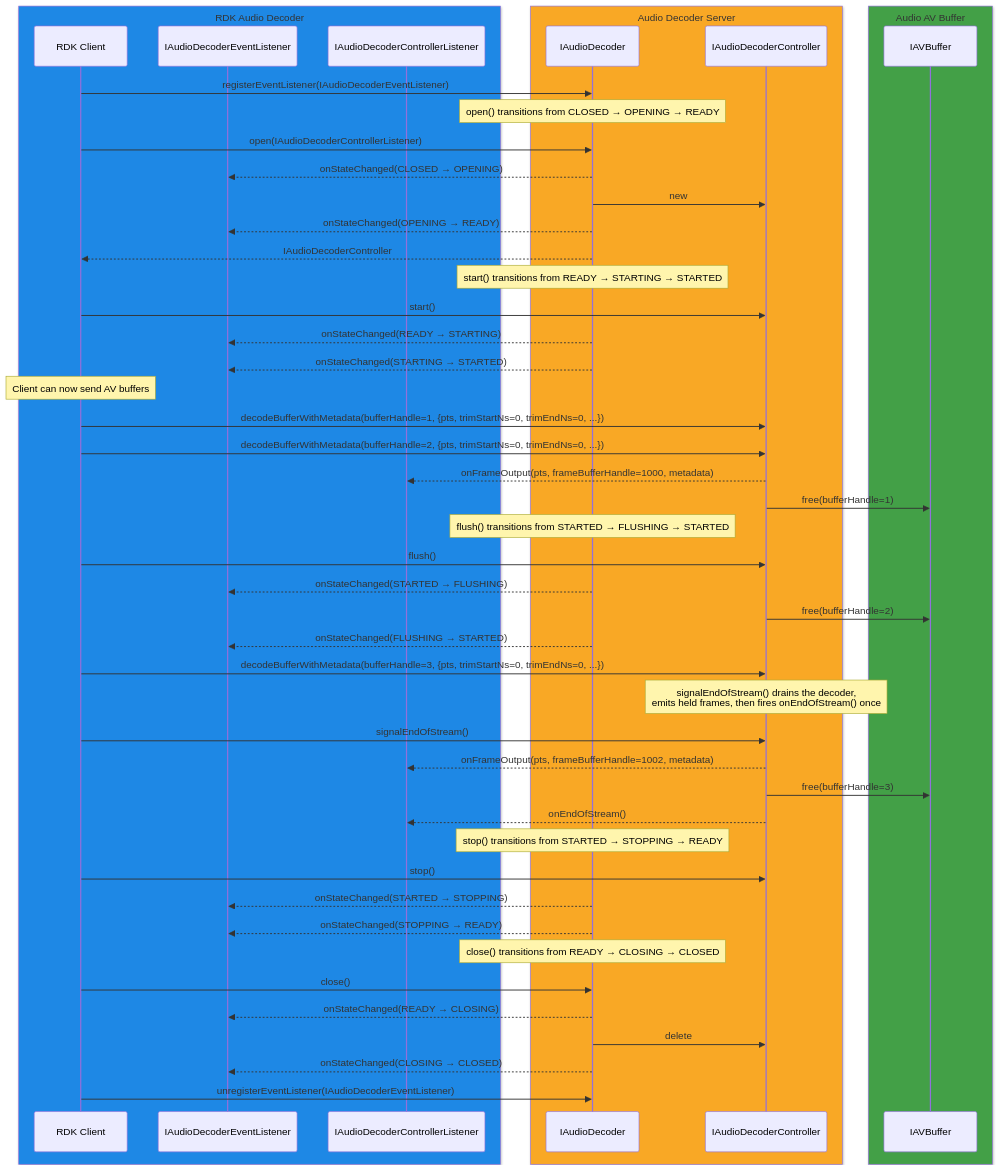
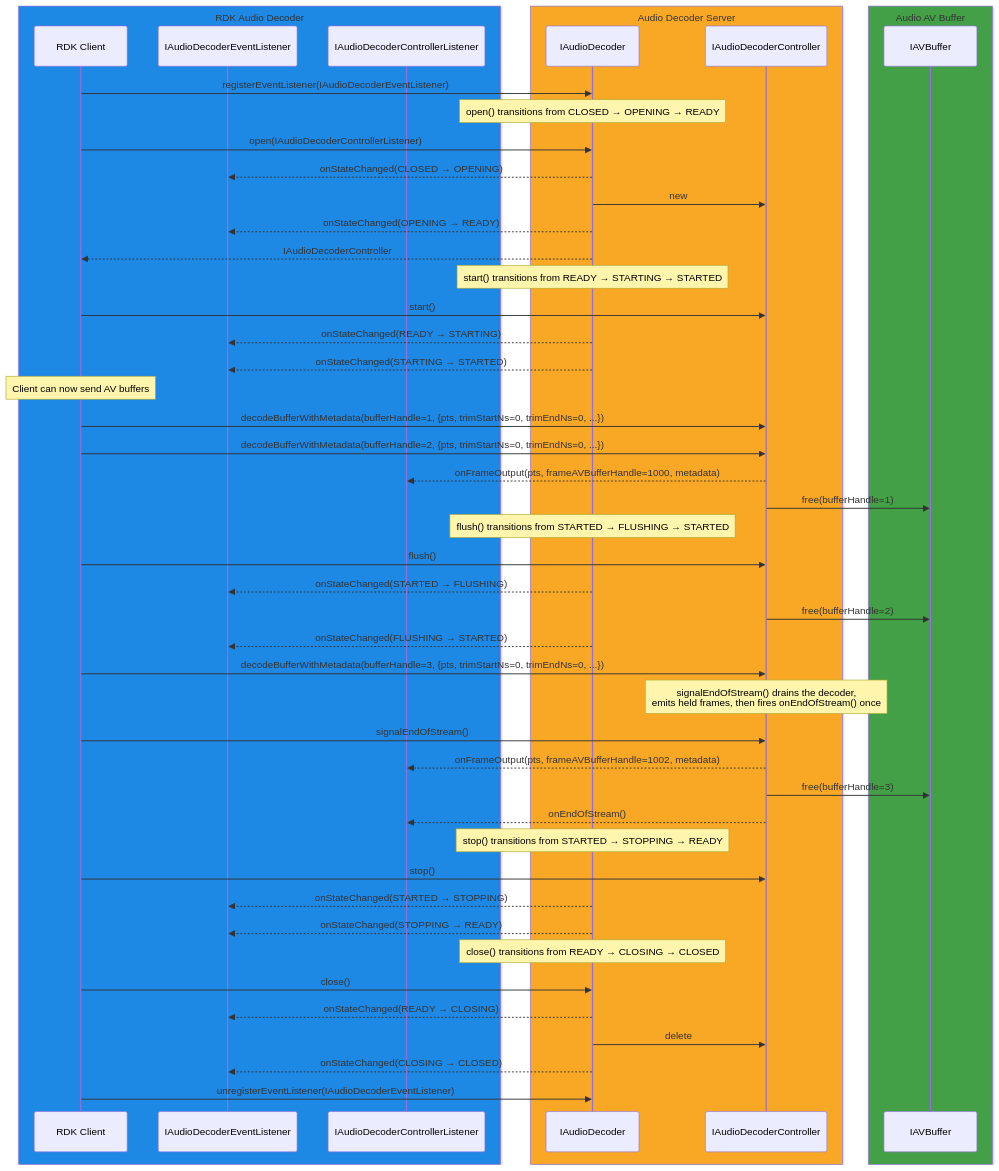
The sixth of 6 diagrams in audiodecoder/current/docs/audio_decoder.md (rdkcentral/rdk-halif-aidl), drawn with Mermaid before and after one commit. The commit also changed other lines of this file and 6 other files, not shown here.

````diff
--- a/audiodecoder/current/docs/audio_decoder.md
+++ b/audiodecoder/current/docs/audio_decoder.md
@@ -575,65 +575,65 @@
 ```mermaid
 sequenceDiagram
     %% --- RDK Audio Decoder ---
     box rgb(30,136,229) RDK Audio Decoder 
         participant Client as RDK Client
         participant IAudioDecoderEventListener as IAudioDecoderEventListener
         participant IAudioDecoderControllerListener as IAudioDecoderControllerListener
     end
     
     %% --- Audio Decoder Server ---
     box rgb(249,168,37) Audio Decoder Server
         participant ADC as IAudioDecoder
         participant Controller as IAudioDecoderController
     end
     
     %% --- Audio AV Buffer ---
     box rgb(67,160,71) Audio AV Buffer
         participant IAVBuffer as IAVBuffer
     end
 
     Client->>ADC: registerEventListener(IAudioDecoderEventListener)
     
     Note over ADC: open() transitions from CLOSED → OPENING → READY
     Client->>ADC: open(IAudioDecoderControllerListener)
     ADC-->>IAudioDecoderEventListener: onStateChanged(CLOSED → OPENING)
     ADC->>Controller: new
     ADC-->>IAudioDecoderEventListener: onStateChanged(OPENING → READY)
     ADC-->>Client: IAudioDecoderController
 
     Note over ADC: start() transitions from READY → STARTING → STARTED
     Client->>Controller: start()
     ADC-->>IAudioDecoderEventListener: onStateChanged(READY → STARTING)
     ADC-->>IAudioDecoderEventListener: onStateChanged(STARTING → STARTED)
 
     Note over Client: Client can now send AV buffers
     Client->>Controller: decodeBufferWithMetadata(bufferHandle=1, {pts, trimStartNs=0, trimEndNs=0, ...})
     Client->>Controller: decodeBufferWithMetadata(bufferHandle=2, {pts, trimStartNs=0, trimEndNs=0, ...})
-    Controller-->>IAudioDecoderControllerListener: onFrameOutput(pts, frameBufferHandle=1000, metadata)
+    Controller-->>IAudioDecoderControllerListener: onFrameOutput(pts, frameAVBufferHandle=1000, metadata)
     Controller->>IAVBuffer: free(bufferHandle=1)
 
     Note over ADC: flush() transitions from STARTED → FLUSHING → STARTED
     Client->>Controller: flush()
     ADC-->>IAudioDecoderEventListener: onStateChanged(STARTED → FLUSHING)
     Controller->>IAVBuffer: free(bufferHandle=2)
     ADC-->>IAudioDecoderEventListener: onStateChanged(FLUSHING → STARTED)
     Client->>Controller: decodeBufferWithMetadata(bufferHandle=3, {pts, trimStartNs=0, trimEndNs=0, ...})
 
     Note over Controller: signalEndOfStream() drains the decoder,<br>emits held frames, then fires onEndOfStream() once
     Client->>Controller: signalEndOfStream()
-    Controller-->>IAudioDecoderControllerListener: onFrameOutput(pts, frameBufferHandle=1002, metadata)
+    Controller-->>IAudioDecoderControllerListener: onFrameOutput(pts, frameAVBufferHandle=1002, metadata)
     Controller->>IAVBuffer: free(bufferHandle=3)
     Controller-->>IAudioDecoderControllerListener: onEndOfStream()
 
     Note over ADC: stop() transitions from STARTED → STOPPING → READY
     Client->>Controller: stop()
     ADC-->>IAudioDecoderEventListener: onStateChanged(STARTED → STOPPING)
     ADC-->>IAudioDecoderEventListener: onStateChanged(STOPPING → READY)
 
     Note over ADC: close() transitions from READY → CLOSING → CLOSED
     Client->>ADC: close()
     ADC-->>IAudioDecoderEventListener: onStateChanged(READY → CLOSING)
     ADC->>Controller: delete
     ADC-->>IAudioDecoderEventListener: onStateChanged(CLOSING → CLOSED)
     Client->>ADC: unregisterEventListener(IAudioDecoderEventListener)
 ```
````
